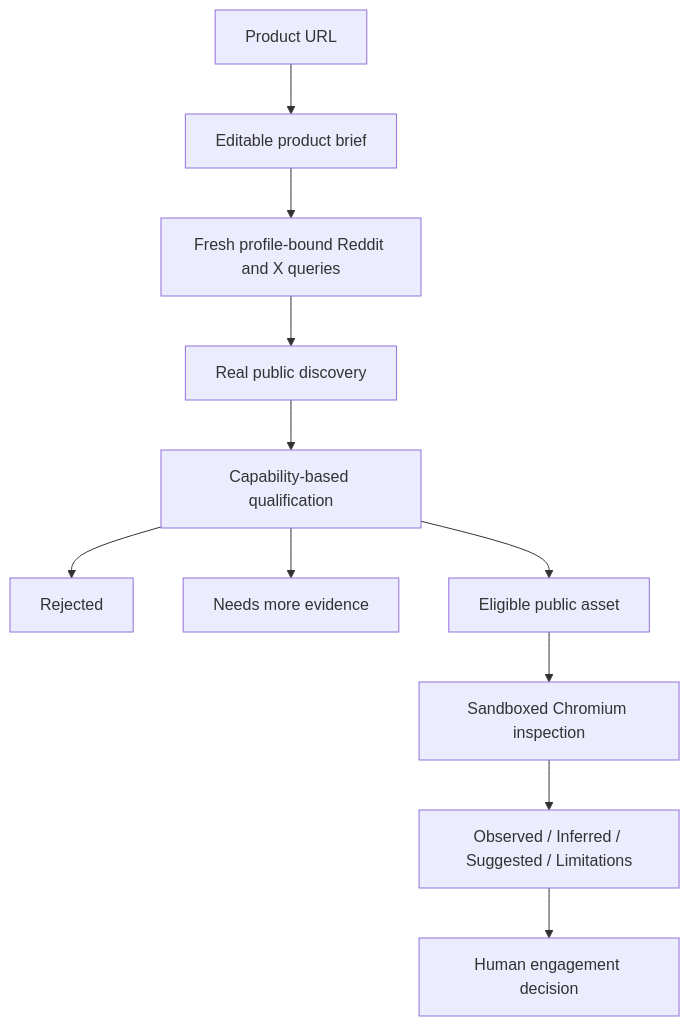
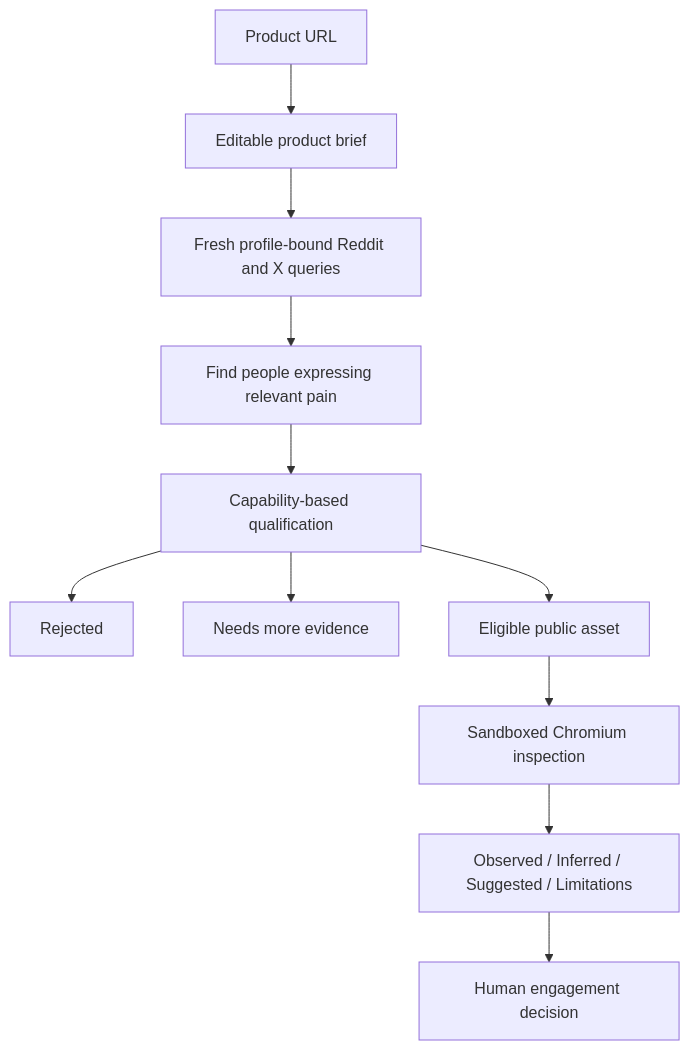
One commit to Techkeyy/Hallar changed the diagram in README.md. Above: the diagram before and after it, drawn with Mermaid. The commit also changed other lines of this file and 9 other files, not shown here.

````diff
--- a/README.md
+++ b/README.md
@@ -54,13 +55,13 @@
 ```mermaid
 flowchart TD
   A[Product URL] --> B[Editable product brief]
   B --> C[Fresh profile-bound Reddit and X queries]
-  C --> D[Real public discovery]
+  C --> D[Find people expressing relevant pain]
   D --> E[Capability-based qualification]
   E --> F[Rejected]
   E --> G[Needs more evidence]
   E --> H[Eligible public asset]
   H --> I[Sandboxed Chromium inspection]
   I --> J[Observed / Inferred / Suggested / Limitations]
   J --> K[Human engagement decision]
 ```
````
